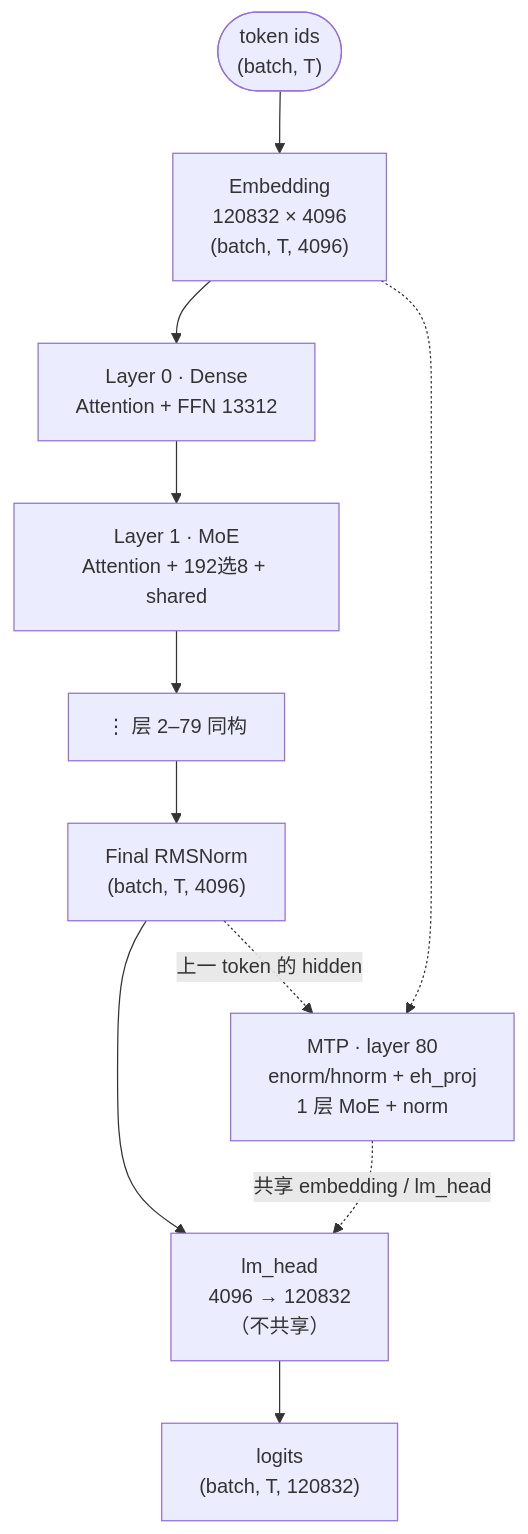
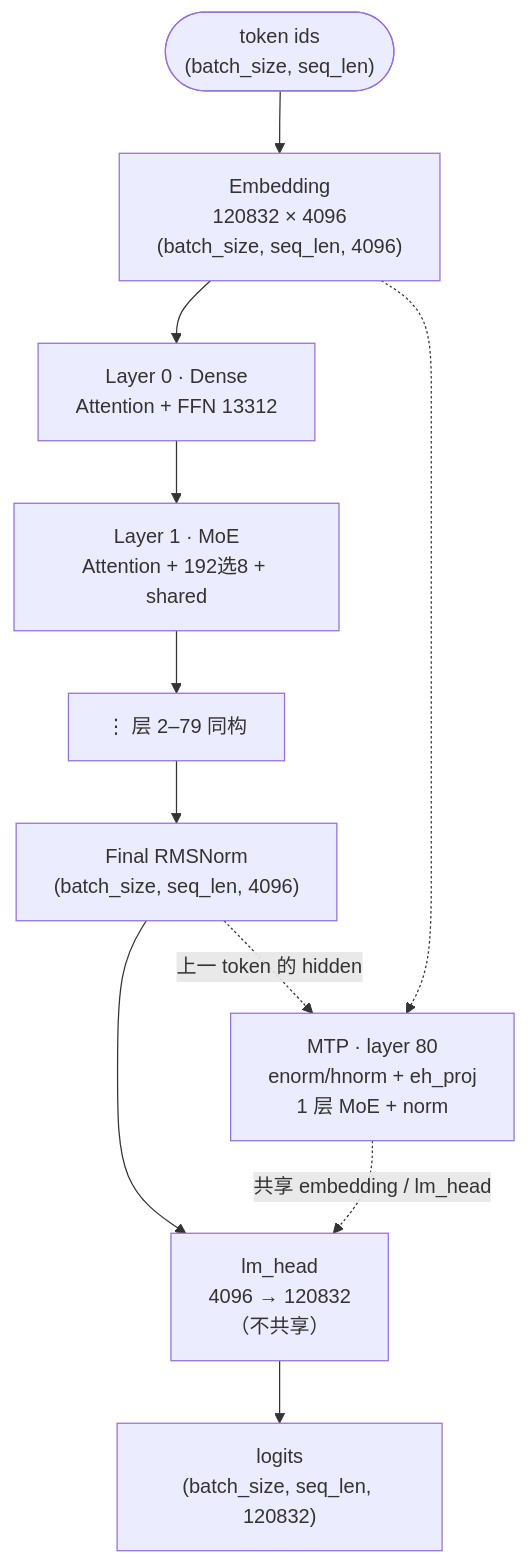
The diagram in llm/hy3/architecture.md (Zhang-Wen-chao/Deep-Learning-Practice), drawn with Mermaid before and after one commit. The commit also changed other lines of this file and 5 other files, not shown here.

Commit message:
docs(hy3): 补 shape 流水，统一 seq_len/kv_len 记号，账本移出 runs/

````diff
--- a/llm/hy3/architecture.md
+++ b/llm/hy3/architecture.md
@@ -137,14 +149,14 @@
 ```mermaid
 flowchart TD
-    TK(["token ids<br/>(batch, T)"]) --> E["Embedding<br/>120832 × 4096<br/>(batch, T, 4096)"]
+    TK(["token ids<br/>(batch_size, seq_len)"]) --> E["Embedding<br/>120832 × 4096<br/>(batch_size, seq_len, 4096)"]
     E --> L0["Layer 0 · Dense<br/>Attention + FFN 13312"]
     L0 --> L1["Layer 1 · MoE<br/>Attention + 192选8 + shared"]
     L1 --> DOTS["⋮ 层 2–79 同构"]
-    DOTS --> LN["Final RMSNorm<br/>(batch, T, 4096)"]
+    DOTS --> LN["Final RMSNorm<br/>(batch_size, seq_len, 4096)"]
     LN --> HD["lm_head<br/>4096 → 120832<br/>（不共享）"]
-    HD --> LOGITS["logits<br/>(batch, T, 120832)"]
+    HD --> LOGITS["logits<br/>(batch_size, seq_len, 120832)"]
 
     E -.-> MTP["MTP · layer 80<br/>enorm/hnorm + eh_proj<br/>1 层 MoE + norm"]
     LN -. "上一 token 的 hidden" .-> MTP
     MTP -. "共享 embedding / lm_head" .-> HD
 ```
````
